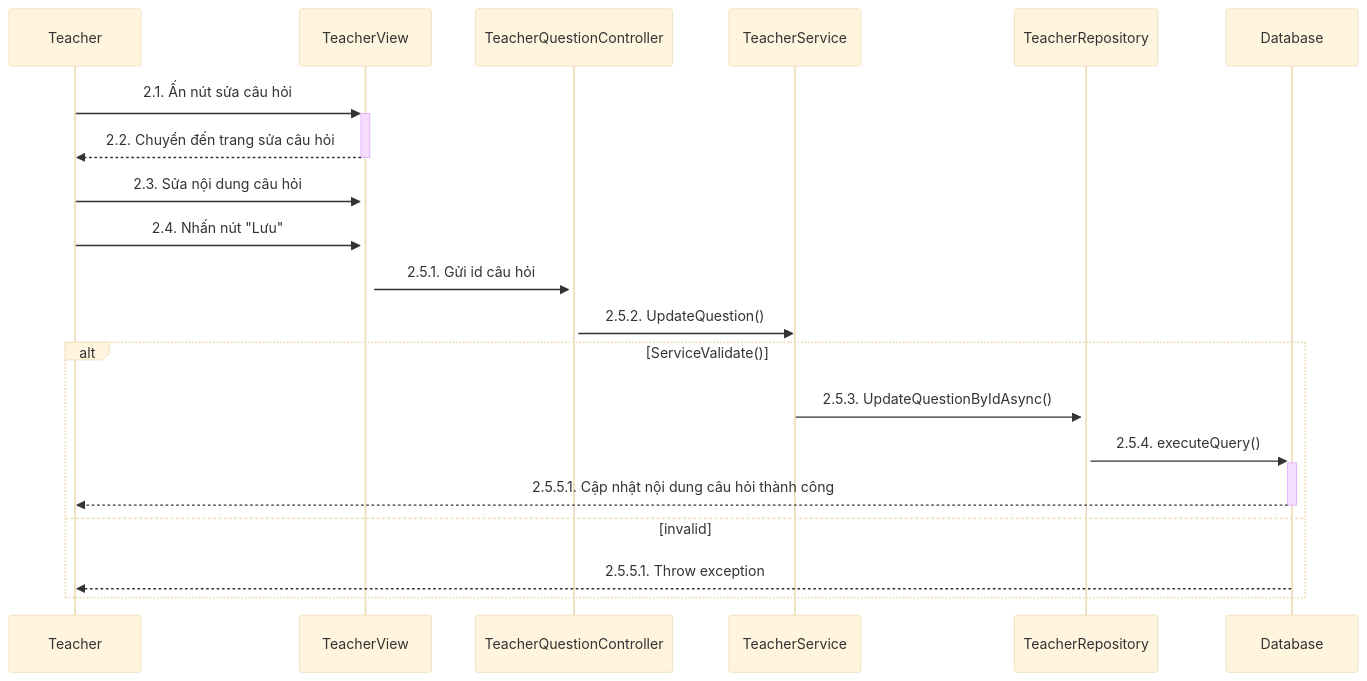
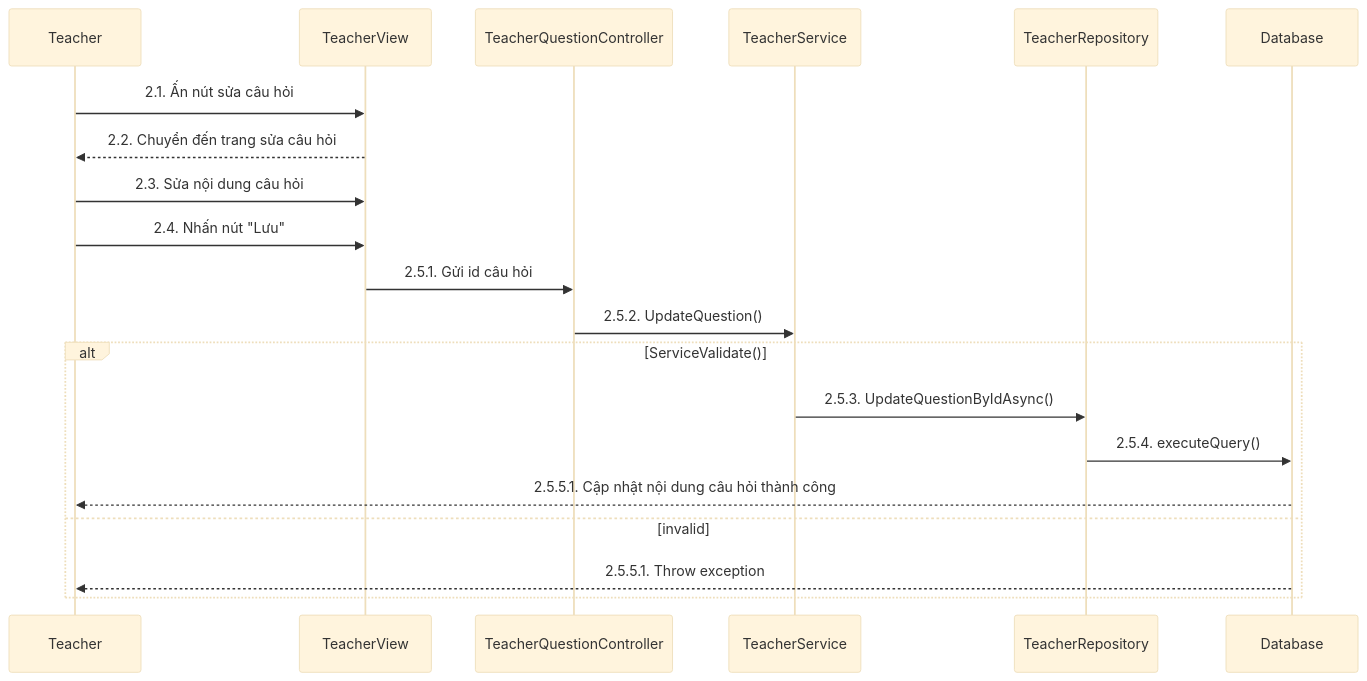
One commit to LienNTB/sequence-CNPM changed the diagram in sequence/teacher/Sequence-3-2.GiangrVienCapNhatCauHoi.mmd. Above: the diagram before and after it, drawn with Mermaid (base theme). The commit also changed 10 other files, not shown here.

```diff
--- a/sequence/teacher/Sequence-3-2.GiangrVienCapNhatCauHoi.mmd
+++ b/sequence/teacher/Sequence-3-2.GiangrVienCapNhatCauHoi.mmd
@@ -1,23 +1,23 @@
 
 sequenceDiagram
     participant Teacher
     participant TeacherView
     participant TeacherQuestionController
     participant TeacherService
     participant TeacherRepository
     participant Database
 
-    Teacher->>+TeacherView: 2.1. Ấn nút sửa câu hỏi
-    TeacherView-->>-Teacher: 2.2. Chuyển đến trang sửa câu hỏi
-    Teacher->>+TeacherView: 2.3. Sửa nội dung câu hỏi
-    Teacher->>+TeacherView: 2.4. Nhấn nút "Lưu"
-    TeacherView->>+TeacherQuestionController: 2.5.1. Gửi id câu hỏi
+    Teacher->>TeacherView: 2.1. Ấn nút sửa câu hỏi
+    TeacherView-->>Teacher: 2.2. Chuyển đến trang sửa câu hỏi
+    Teacher->>TeacherView: 2.3. Sửa nội dung câu hỏi
+    Teacher->>TeacherView: 2.4. Nhấn nút "Lưu"
+    TeacherView->>TeacherQuestionController: 2.5.1. Gửi id câu hỏi
     TeacherQuestionController->>TeacherService: 2.5.2. UpdateQuestion()
     alt ServiceValidate()
-        TeacherService->>+TeacherRepository: 2.5.3. UpdateQuestionByIdAsync()
-        TeacherRepository->>+Database: 2.5.4. executeQuery()
+        TeacherService->>TeacherRepository: 2.5.3. UpdateQuestionByIdAsync()
+        TeacherRepository->>Database: 2.5.4. executeQuery()
 
-        Database-->>-Teacher: 2.5.5.1. Cập nhật nội dung câu hỏi thành công
+        Database-->>Teacher: 2.5.5.1. Cập nhật nội dung câu hỏi thành công
     else invalid
          Database-->>Teacher: 2.5.5.1. Throw exception
     end
```
